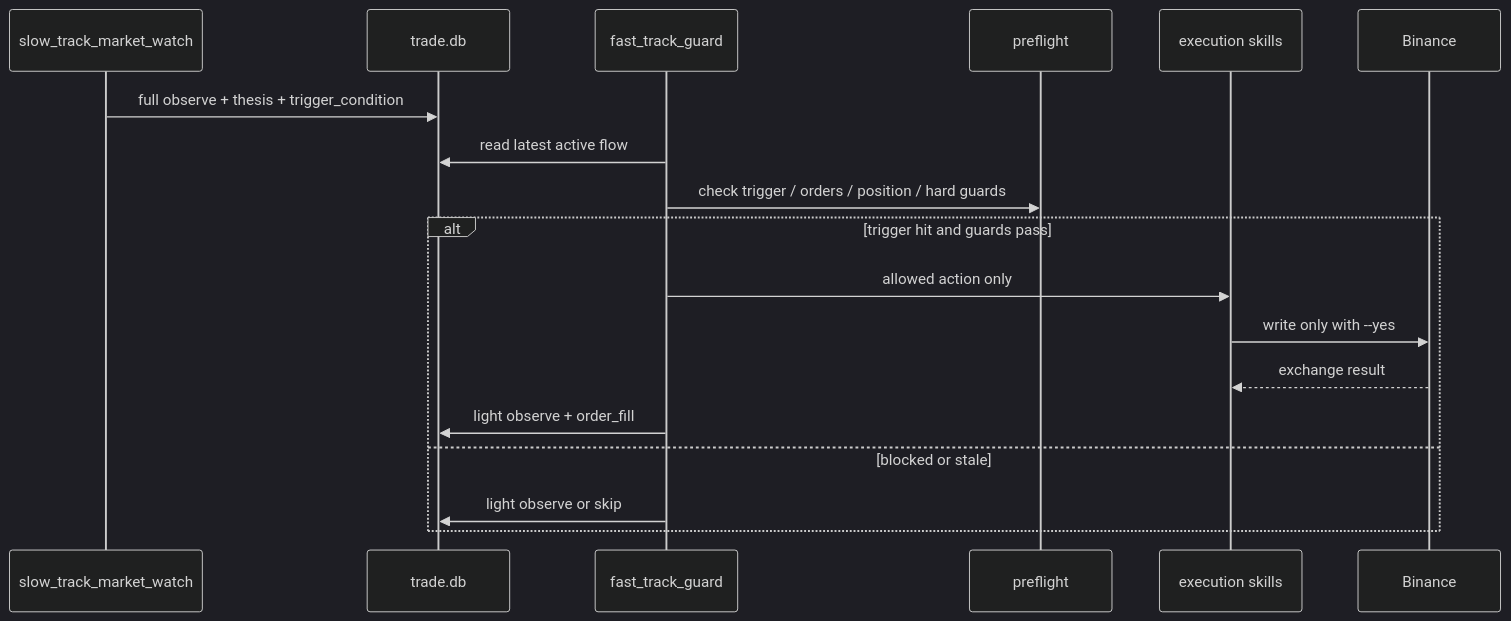
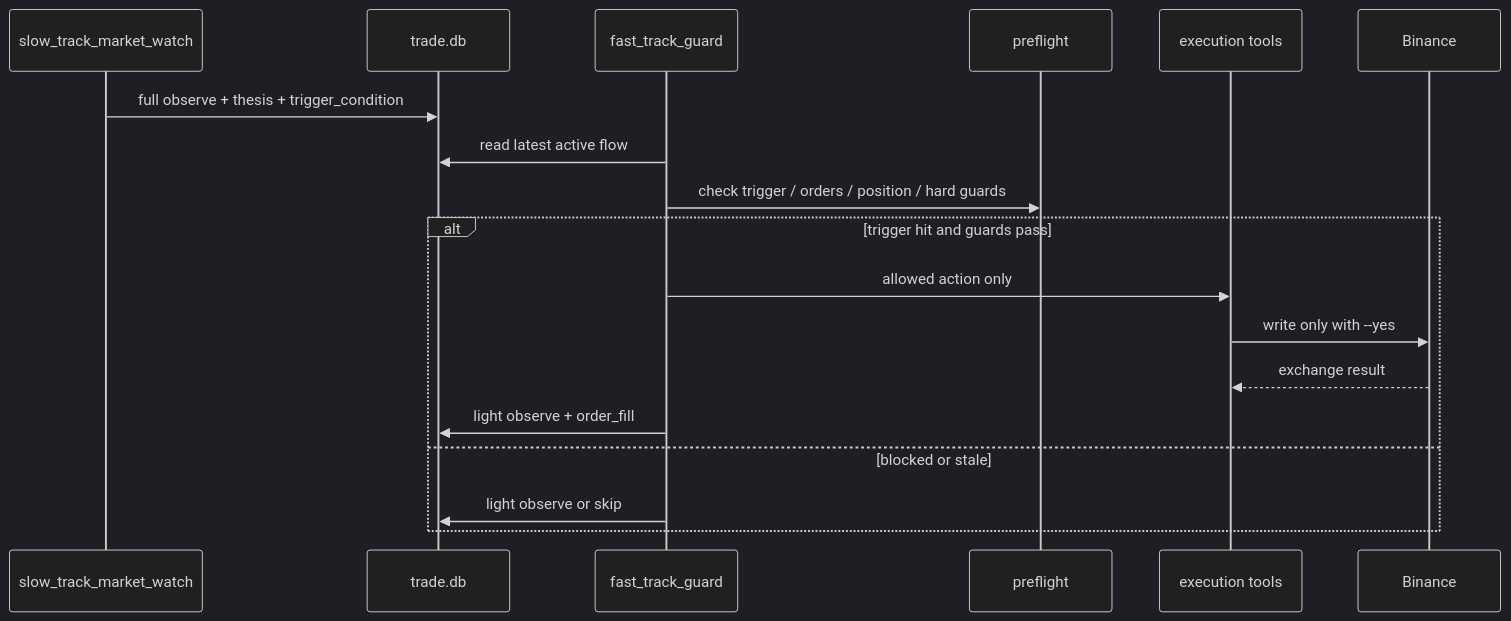
The sixth of 9 diagrams in README.md (qOeOp/trade), drawn with Mermaid (dark theme) before and after one commit. The commit also changed other lines of this file and 509 other files, not shown here.

````diff
--- a/README.md
+++ b/README.md
@@ -218,21 +218,21 @@
 ```mermaid
 sequenceDiagram
   participant Slow as slow_track_market_watch
   participant DB as trade.db
   participant Fast as fast_track_guard
   participant Pre as preflight
-  participant Exe as execution skills
+  participant Exe as execution tools
   participant Binance as Binance
 
   Slow->>DB: full observe + thesis + trigger_condition
   Fast->>DB: read latest active flow
   Fast->>Pre: check trigger / orders / position / hard guards
   alt trigger hit and guards pass
     Fast->>Exe: allowed action only
     Exe->>Binance: write only with --yes
     Binance-->>Exe: exchange result
     Fast->>DB: light observe + order_fill
   else blocked or stale
     Fast->>DB: light observe or skip
   end
 ```
````
